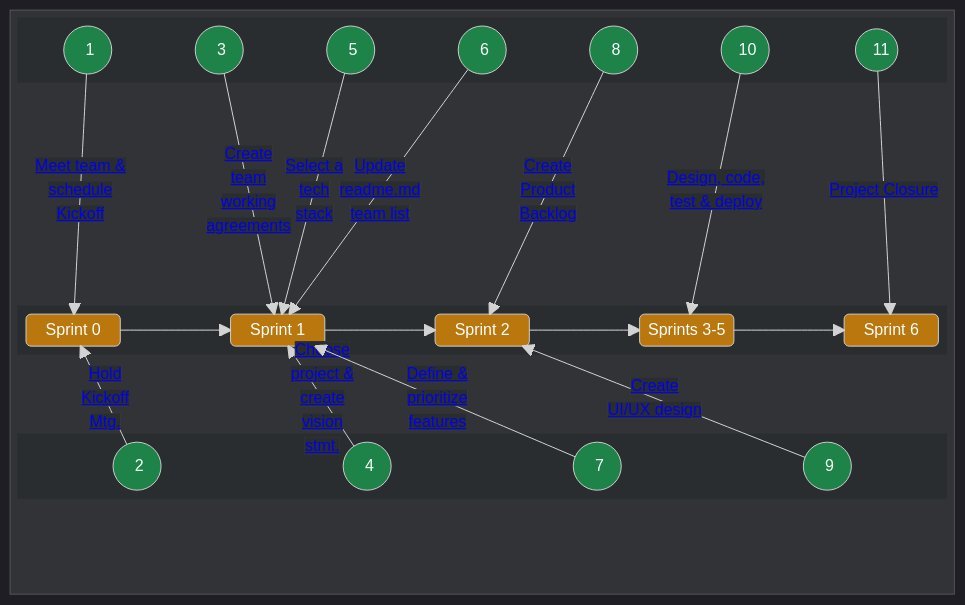
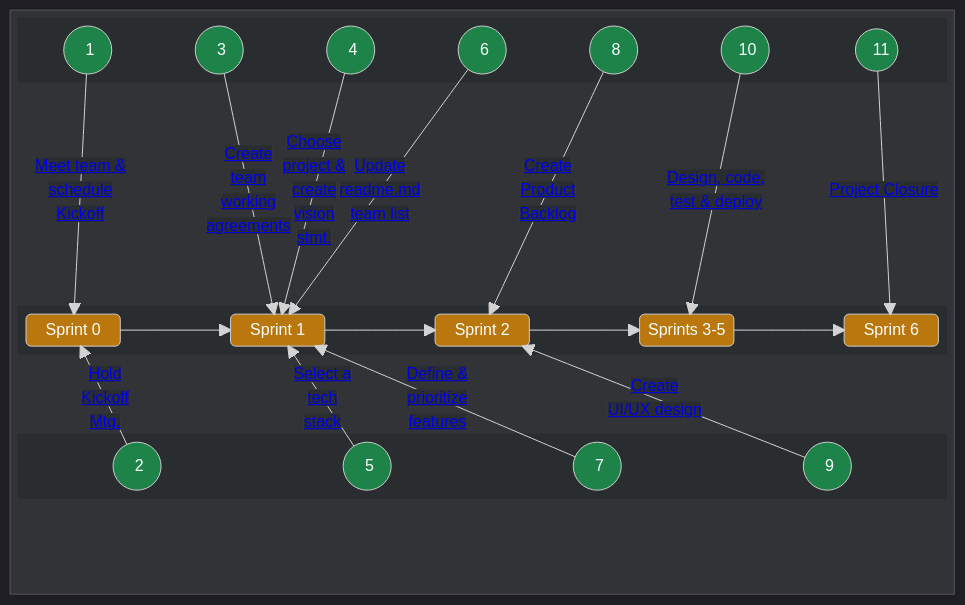
One commit to chingu-voyages/Handbook changed the first of 2 diagrams in docs/guides/voyage/voyage.md. Above: the diagram before and after it, drawn with Mermaid. The commit also changed other lines of this file, not shown here.

```diff
--- a/docs/guides/voyage/voyage.md
+++ b/docs/guides/voyage/voyage.md
@@ -73,7 +73,7 @@
         columns 11
         A1(("&nbsp;&nbsp;&nbsp; 1 &nbsp;&nbsp;"))
         A3(("&nbsp;&nbsp;&nbsp; 3 &nbsp;&nbsp;"))
-        A5(("&nbsp;&nbsp;&nbsp; 5 &nbsp;&nbsp;"))
+        A4(("&nbsp;&nbsp;&nbsp; 4 &nbsp;&nbsp;"))
         A6(("&nbsp;&nbsp;&nbsp; 6 &nbsp;&nbsp;"))
         A8(("&nbsp;&nbsp;&nbsp; 8 &nbsp;&nbsp;"))
         A10(("&nbsp;&nbsp;&nbsp;10&nbsp;&nbsp;"))
@@ -98,7 +98,7 @@
       block:B0BOTTOM
         columns 11
         A2(("&nbsp;&nbsp;&nbsp; 2 &nbsp;&nbsp;"))
-        A4(("&nbsp;&nbsp;&nbsp; 4 &nbsp;&nbsp;"))
+        A5(("&nbsp;&nbsp;&nbsp; 5 &nbsp;&nbsp;"))
         A7(("&nbsp;&nbsp;&nbsp; 7 &nbsp;&nbsp;"))
         A9(("&nbsp;&nbsp;&nbsp; 9 &nbsp;&nbsp;"))
       end
```
